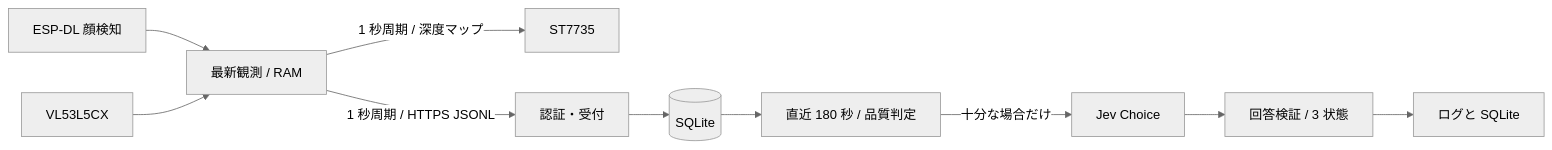
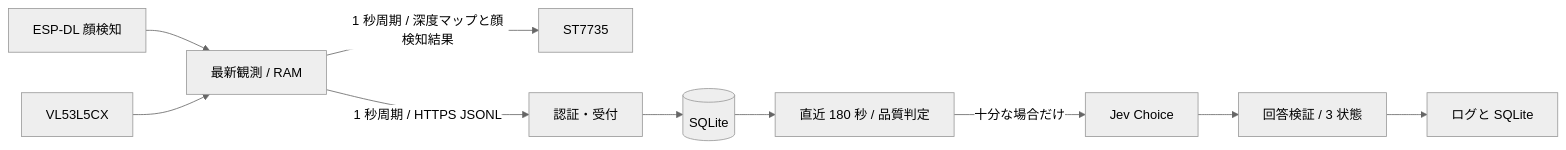
Before and after one commit to tkumata/prone-guard: the diagram in docs/current/DESIGN.md, drawn with Mermaid (neutral theme). The commit also changed other lines of this file and 15 other files, not shown here.

````diff
--- a/docs/current/DESIGN.md
+++ b/docs/current/DESIGN.md
@@ -14,12 +14,12 @@
 ```mermaid
 flowchart LR
   Face[ESP-DL 顔検知] --> Snapshot[最新観測 / RAM]
   Depth[VL53L5CX] --> Snapshot
-  Snapshot -->|1 秒周期 / 深度マップ| TFT[ST7735]
+  Snapshot -->|1 秒周期 / 深度マップと顔検知結果| TFT[ST7735]
   Snapshot -->|1 秒周期 / HTTPS JSONL| API[認証・受付]
   API --> SQLite[(SQLite)]
   SQLite --> Quality[直近 180 秒 / 品質判定]
   Quality -->|十分な場合だけ| Jev[Jev Choice]
   Jev --> Validate[回答検証 / 3 状態]
   Validate --> Results[ログと SQLite]
 ```
````
